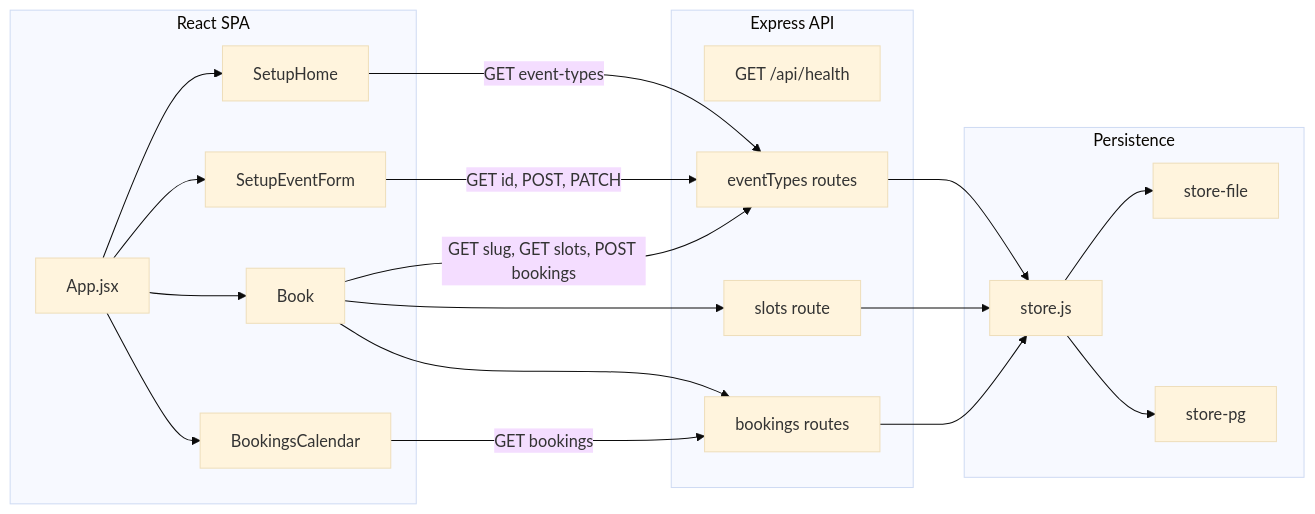
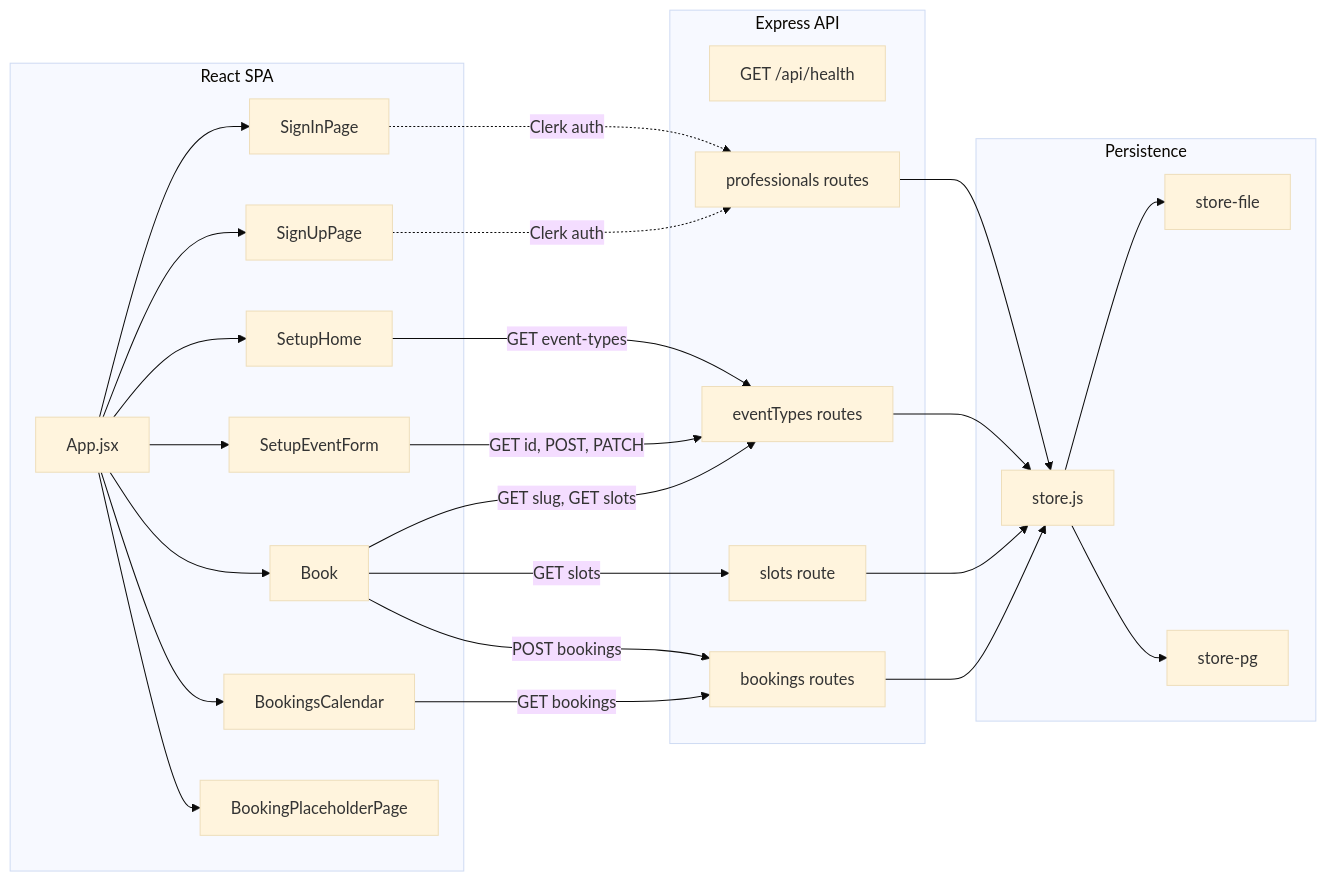
Before and after one commit to EugeneChiang123/Lesson_Scheduler: the fourth of 4 diagrams in docs/INTERACTIONS.md, drawn with Mermaid (base theme). The commit also changed other lines of this file and 10 other files, not shown here.

````diff
--- a/docs/INTERACTIONS.md
+++ b/docs/INTERACTIONS.md
@@ -169,40 +180,50 @@
 ```mermaid
 flowchart LR
   subgraph client [React SPA]
     App[App.jsx]
+    SignIn[SignInPage]
+    SignUp[SignUpPage]
     SetupHome[SetupHome]
     SetupForm[SetupEventForm]
     Book[Book]
     BookingsCal[BookingsCalendar]
+    Placeholder[BookingPlaceholderPage]
+    App --> SignIn
+    App --> SignUp
     App --> SetupHome
     App --> SetupForm
     App --> Book
     App --> BookingsCal
+    App --> Placeholder
   end
 
   subgraph api [Express API]
     Health[GET /api/health]
+    Professionals[professionals routes]
     EventTypes[eventTypes routes]
     Slots[slots route]
     Bookings[bookings routes]
   end
 
   subgraph store [Persistence]
     StoreJS[store.js]
     StoreFile[store-file]
     StorePG[store-pg]
     StoreJS --> StoreFile
     StoreJS --> StorePG
   end
 
+  SignIn -.->|Clerk auth| Professionals
+  SignUp -.->|Clerk auth| Professionals
   SetupHome -->|GET event-types| EventTypes
   SetupForm -->|GET id, POST, PATCH| EventTypes
-  Book -->|GET slug, GET slots, POST bookings| EventTypes
-  Book --> Slots
-  Book --> Bookings
+  Book -->|GET slug, GET slots| EventTypes
+  Book -->|GET slots| Slots
+  Book -->|POST bookings| Bookings
   BookingsCal -->|GET bookings| Bookings
 
   EventTypes --> StoreJS
+  Professionals --> StoreJS
   Slots --> StoreJS
   Bookings --> StoreJS
 ```
````
